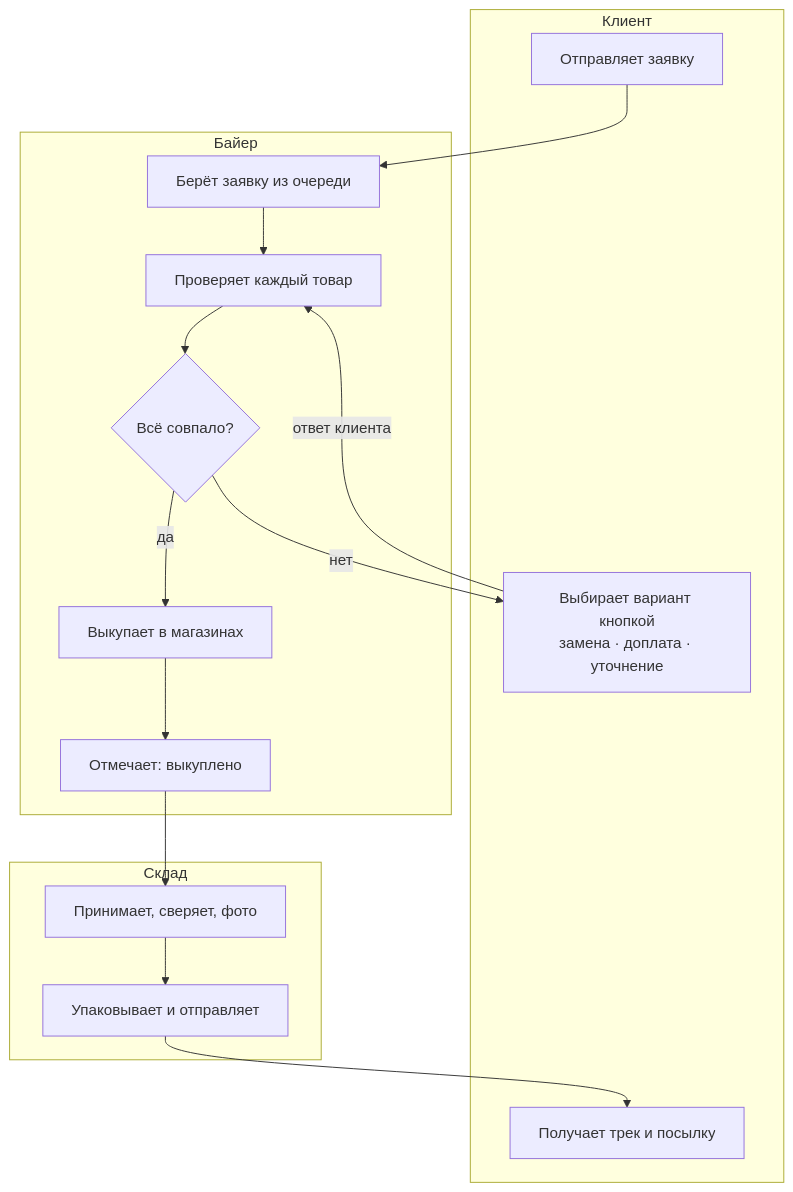
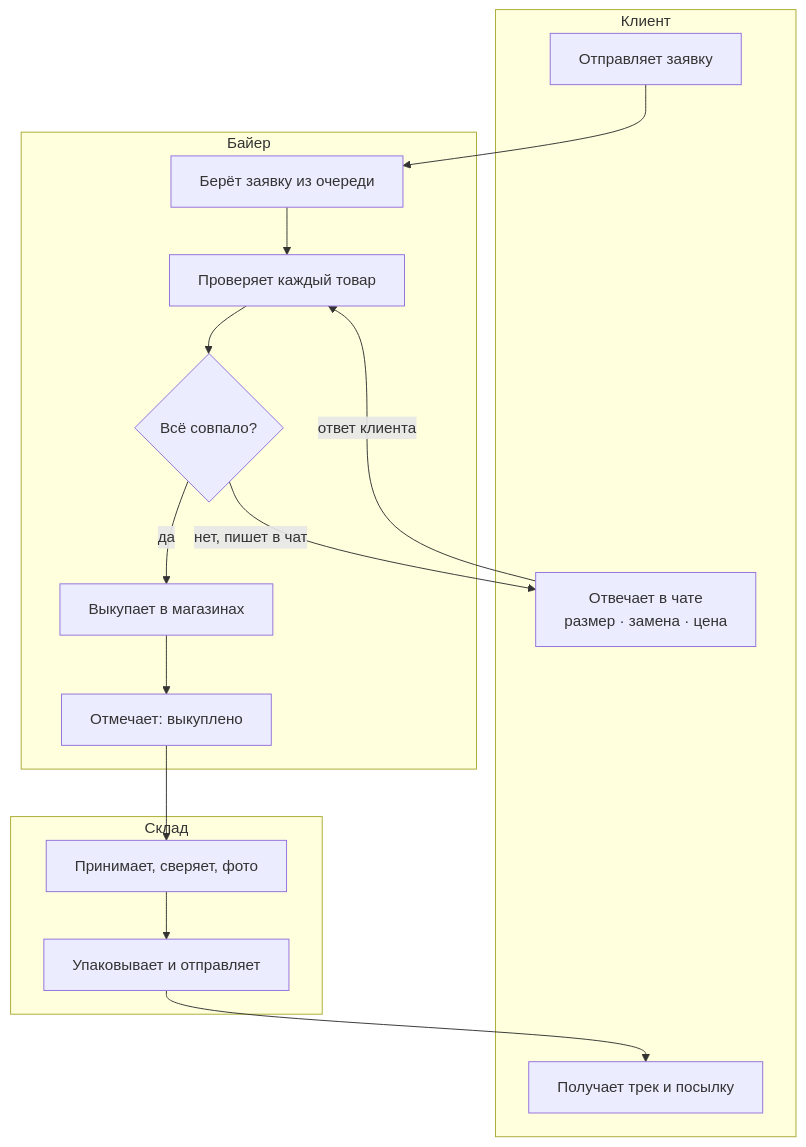
One commit to kostiyabahrii-sudo/UX-dizain changed the first of 2 diagrams in fitkit-employee-app/README.md. Above: the diagram before and after it, drawn with Mermaid. The commit also changed other lines of this file and 23 other files, not shown here.

````diff
--- a/fitkit-employee-app/README.md
+++ b/fitkit-employee-app/README.md
@@ -94,20 +94,20 @@
 ```mermaid
 flowchart TD
   subgraph Клиент
     A[Отправляет заявку]
-    E[Выбирает вариант кнопкой<br/>замена · доплата · уточнение]
+    E[Отвечает в чате<br/>размер · замена · цена]
     K[Получает трек и посылку]
   end
   subgraph Байер
     B[Берёт заявку из очереди] --> C[Проверяет каждый товар] --> D{Всё совпало?}
     D -- да --> F[Выкупает в магазинах] --> G[Отмечает: выкуплено]
   end
   subgraph Склад
     H[Принимает, сверяет, фото] --> I[Упаковывает и отправляет]
   end
   A --> B
-  D -- нет --> E
+  D -- нет, пишет в чат --> E
   E -- ответ клиента --> C
   G --> H
   I --> K
 ```
````
